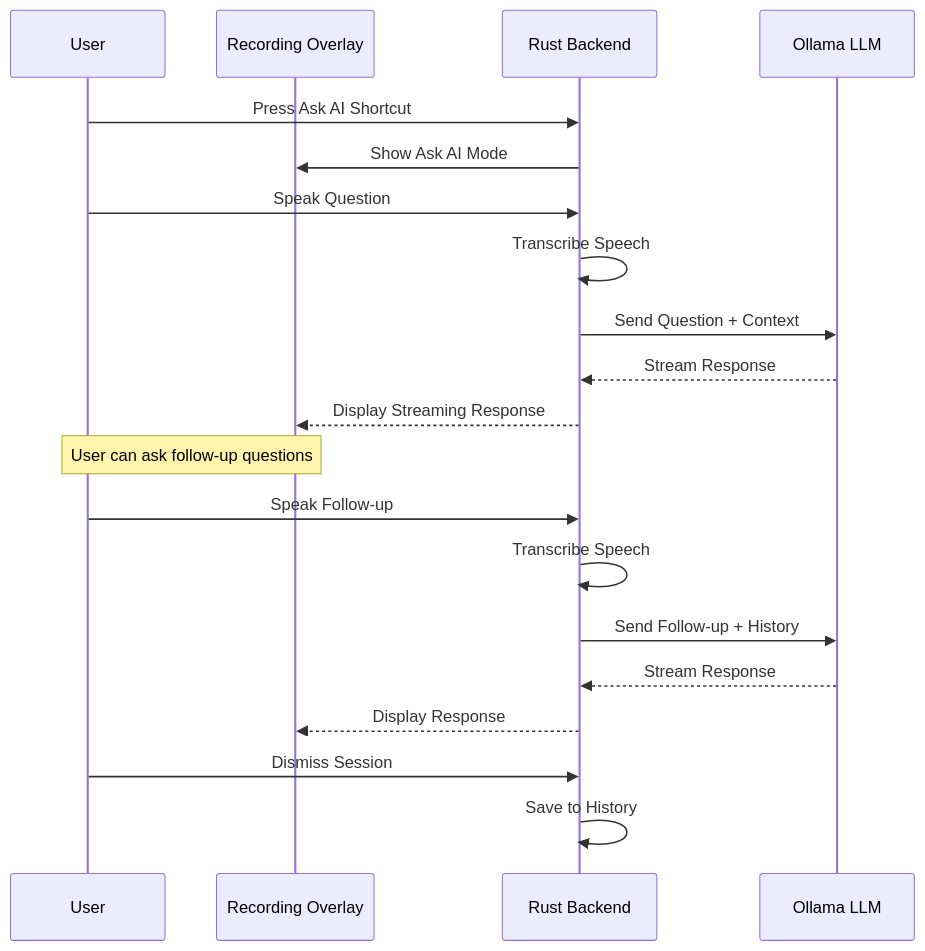
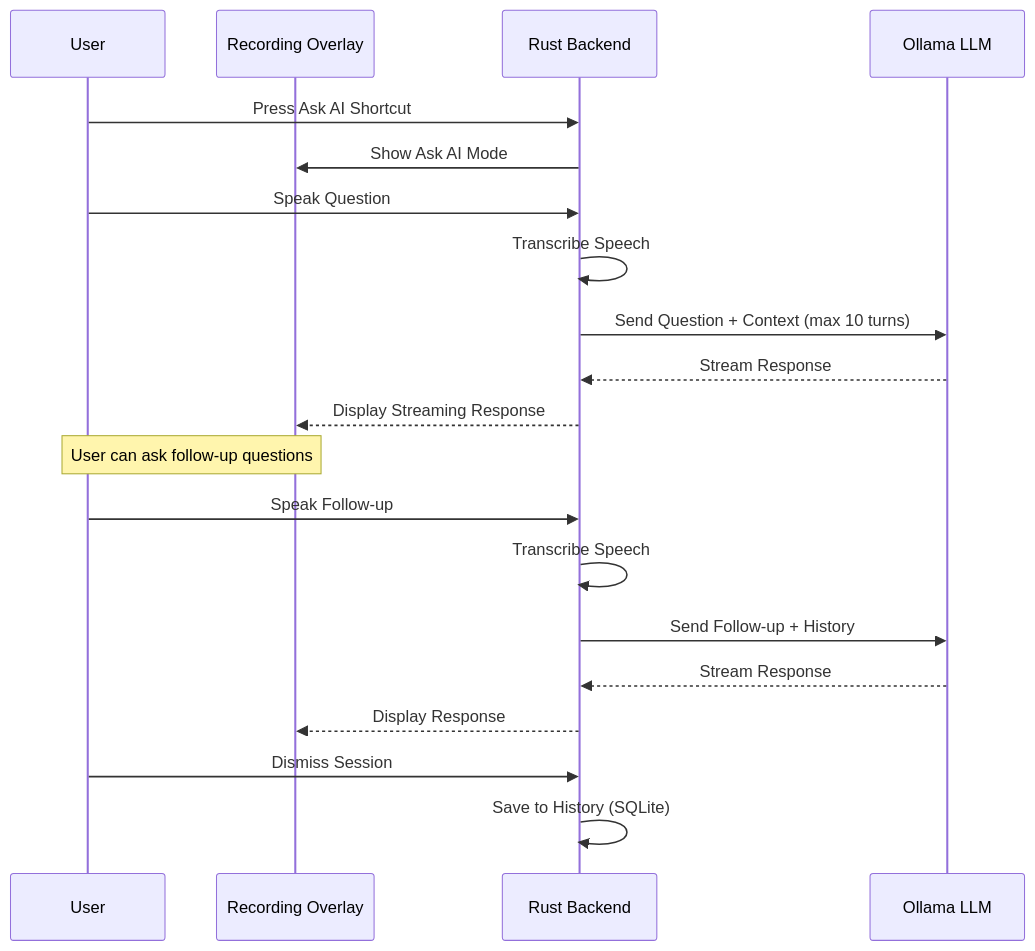
The fifth of 10 diagrams in DEV_DOCS.md (thukabjj/Handy), drawn with Mermaid before and after one commit. The commit also changed other lines of this file and 8 other files, not shown here.

````diff
--- a/DEV_DOCS.md
+++ b/DEV_DOCS.md
@@ -142,27 +177,27 @@
 ```mermaid
 sequenceDiagram
     participant User
     participant Overlay as Recording Overlay
     participant Backend as Rust Backend
     participant Ollama as Ollama LLM
 
     User->>Backend: Press Ask AI Shortcut
     Backend->>Overlay: Show Ask AI Mode
 
     User->>Backend: Speak Question
     Backend->>Backend: Transcribe Speech
-    Backend->>Ollama: Send Question + Context
+    Backend->>Ollama: Send Question + Context (max 10 turns)
     Ollama-->>Backend: Stream Response
     Backend-->>Overlay: Display Streaming Response
 
     Note over User,Overlay: User can ask follow-up questions
 
     User->>Backend: Speak Follow-up
     Backend->>Backend: Transcribe Speech
     Backend->>Ollama: Send Follow-up + History
     Ollama-->>Backend: Stream Response
     Backend-->>Overlay: Display Response
 
     User->>Backend: Dismiss Session
-    Backend->>Backend: Save to History
+    Backend->>Backend: Save to History (SQLite)
 ```
````
